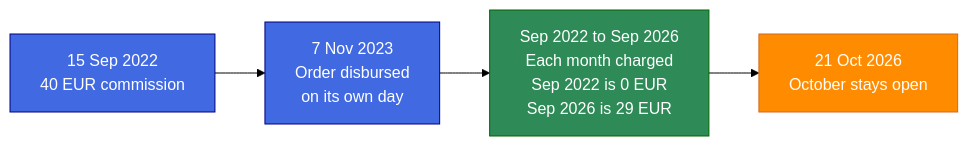
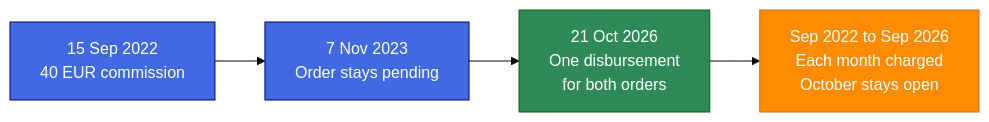
Before and after one commit to rafael-pissardo/lagom: the second of 4 diagrams in README.md, drawn with Mermaid (forest theme). The commit also changed other lines of this file and 15 other files, not shown here.

First line of the commit message:
Date each disbursement on the day it is issued and keep fee credits in a separate audit.

````diff
--- a/README.md
+++ b/README.md
@@ -34,7 +34,7 @@
 ```mermaid
 flowchart LR
     classDef order fill:royalblue,stroke:navy,color:white
     classDef fee fill:seagreen,stroke:darkgreen,color:white
     classDef open fill:darkorange,stroke:chocolate,color:white
-    A["15 Sep 2022<br/>40 EUR commission"]:::order --> B["7 Nov 2023<br/>Order disbursed<br/>on its own day"]:::order --> C["Sep 2022 to Sep 2026<br/>Each month charged<br/>Sep 2022 is 0 EUR<br/>Sep 2026 is 29 EUR"]:::fee --> D["21 Oct 2026<br/>October stays open"]:::open
+    A["15 Sep 2022<br/>40 EUR commission"]:::order --> B["7 Nov 2023<br/>Order stays pending"]:::order --> C["21 Oct 2026<br/>One disbursement<br/>for both orders"]:::fee --> D["Sep 2022 to Sep 2026<br/>Each month charged<br/>October stays open"]:::open
 ```
````
